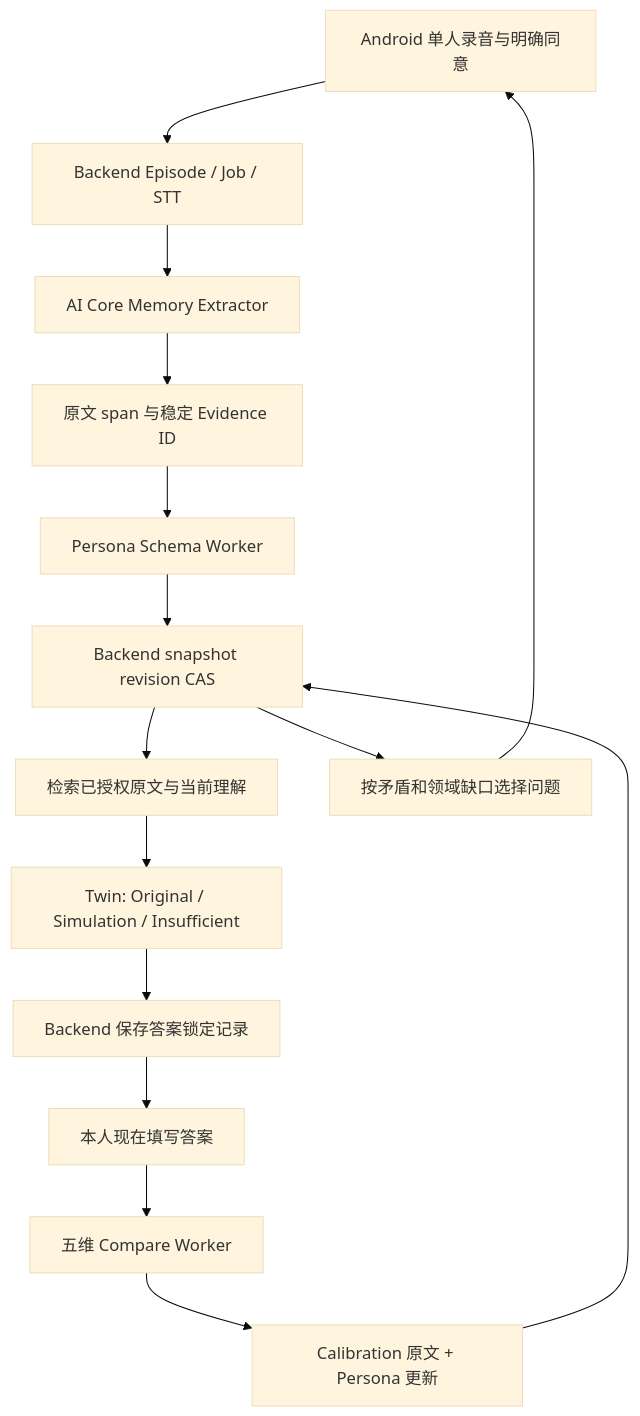
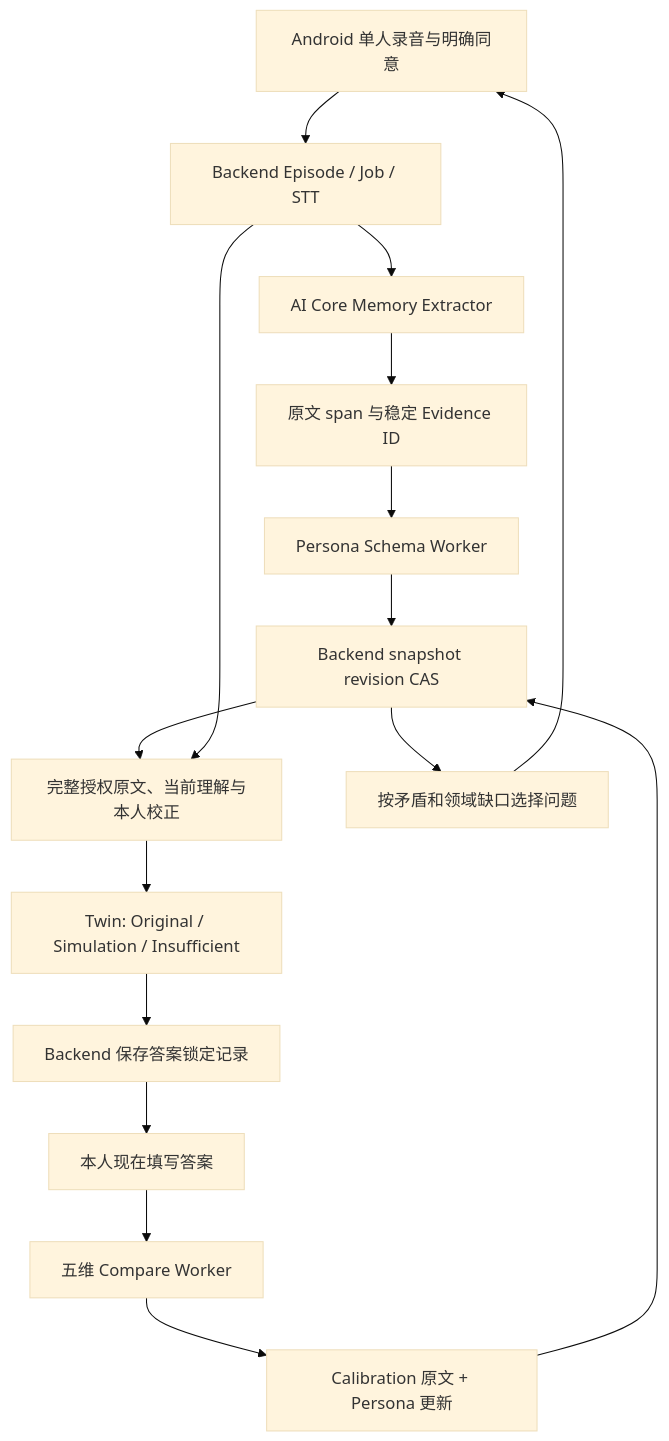
The diagram in docs/architecture/AGENT_CORE_LOOP.md (ztjklt/Remember-Me), drawn with Mermaid (base theme) before and after one commit. The commit also changed other lines of this file and 3 other files, not shown here.

````diff
--- a/docs/architecture/AGENT_CORE_LOOP.md
+++ b/docs/architecture/AGENT_CORE_LOOP.md
@@ -9,17 +9,18 @@
 ```mermaid
 flowchart TD
   A[Android 单人录音与明确同意] --> B[Backend Episode / Job / STT]
   B --> C[AI Core Memory Extractor]
   C --> D[原文 span 与稳定 Evidence ID]
   D --> E[Persona Schema Worker]
   E --> F[Backend snapshot revision CAS]
-  F --> G[检索已授权原文与当前理解]
+  F --> G[完整授权原文、当前理解与本人校正]
+  B --> G
   G --> H[Twin: Original / Simulation / Insufficient]
   H --> I[Backend 保存答案锁定记录]
   I --> J[本人现在填写答案]
   J --> K[五维 Compare Worker]
   K --> L[Calibration 原文 + Persona 更新]
   L --> F
   F --> M[按矛盾和领域缺口选择问题]
   M --> A
 ```
````
